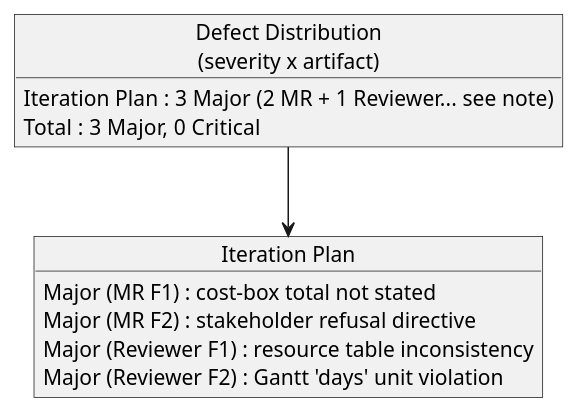
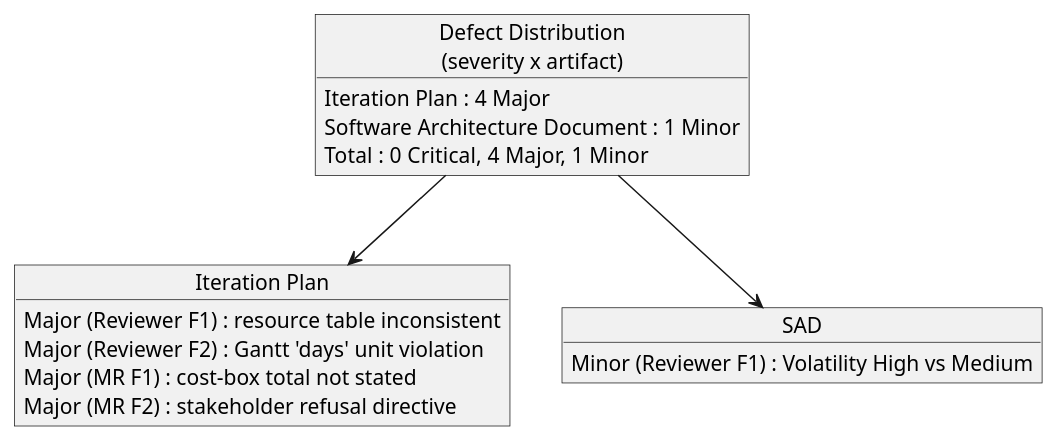
One commit to banense-test/portal changed the third of 3 diagrams in docs/artifacts/project-management/review-record.md. Above: the diagram before and after it, drawn with PlantUML. The commit also changed other lines of this file, not shown here.

````diff
--- a/docs/artifacts/project-management/review-record.md
+++ b/docs/artifacts/project-management/review-record.md
@@ -86,19 +73,25 @@
 ```plantuml
 @startuml
 skinparam objectStyle rectangle
 
 object "Defect Distribution\n(severity x artifact)" as DD {
-  Iteration Plan : 3 Major (2 MR + 1 Reviewer... see note)
-  Total : 3 Major, 0 Critical
+  Iteration Plan : 4 Major
+  Software Architecture Document : 1 Minor
+  Total : 0 Critical, 4 Major, 1 Minor
 }
 
 object "Iteration Plan" as IP {
+  Major (Reviewer F1) : resource table inconsistent
+  Major (Reviewer F2) : Gantt 'days' unit violation
   Major (MR F1) : cost-box total not stated
   Major (MR F2) : stakeholder refusal directive
-  Major (Reviewer F1) : resource table inconsistency
-  Major (Reviewer F2) : Gantt 'days' unit violation
+}
+
+object "SAD" as SAD {
+  Minor (Reviewer F1) : Volatility High vs Medium
 }
 
 DD --> IP
+DD --> SAD
 @enduml
 ```
````
